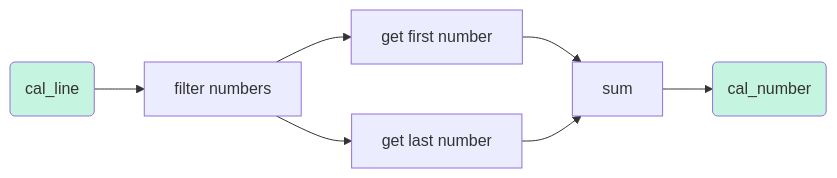
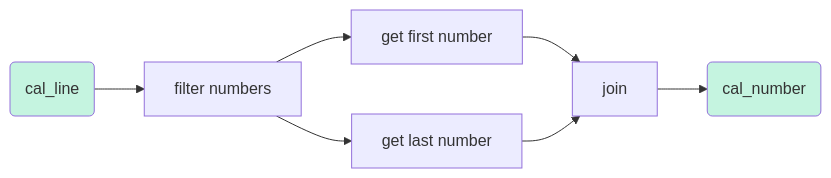
Before and after one commit to owiecc/sheep-observer: the second of 3 diagrams in programming/Julia-piping/piping.qmd, drawn with Mermaid. The commit also changed other lines of this file, not shown here.

````diff
--- a/programming/Julia-piping/piping.qmd
+++ b/programming/Julia-piping/piping.qmd
@@ -231,6 +231,6 @@
 ```{mermaid}
 flowchart LR
   Input(cal_line):::data --> Filter[filter numbers]
-  Filter --> First[get first number] & Last[get last number] --> Sum[sum] --> Result(cal_number):::data
+  Filter --> First[get first number] & Last[get last number] --> Join[join] --> Result(cal_number):::data
   classDef data fill:#C5F4E0
 ```
````
